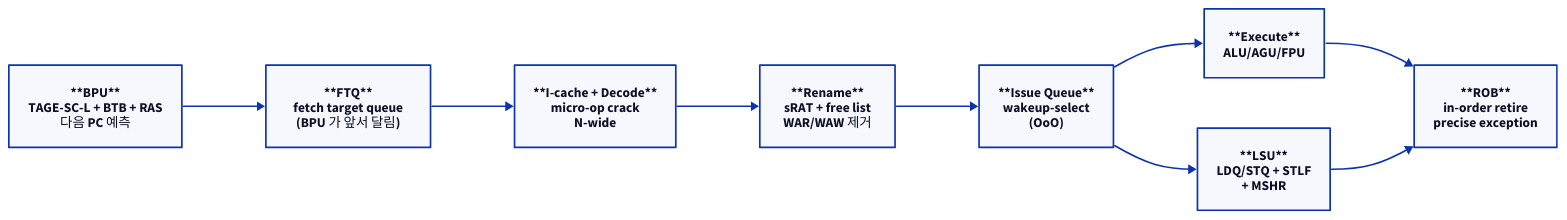
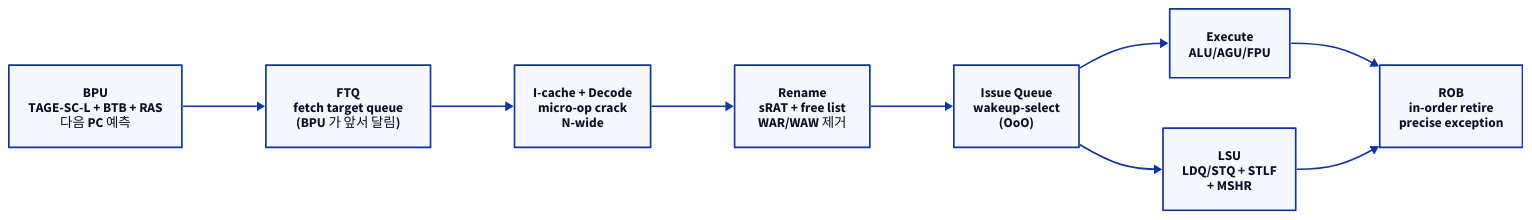
One commit to humbleowl39/DV_SKOOL changed the first of 2 diagrams in starlight_site/src/content/docs/cpu_arm/07_microarchitecture.md. Above: the diagram before and after it, drawn with D2. The commit also changed other lines of this file and 714 other files, not shown here.

First line of the commit message:
fix(site): d2 다이어그램 가독성 결함 6종 일괄 수정

````diff
--- a/starlight_site/src/content/docs/cpu_arm/07_microarchitecture.md
+++ b/starlight_site/src/content/docs/cpu_arm/07_microarchitecture.md
@@ -44,17 +44,17 @@
 ```d2
 direction: right
 
-BPU: "**BPU**\nTAGE-SC-L + BTB + RAS\n다음 PC 예측"
-FTQ: "**FTQ**\nfetch target queue\n(BPU 가 앞서 달림)"
-IC: "**I-cache + Decode**\nmicro-op crack\nN-wide"
-REN: "**Rename**\nsRAT + free list\nWAR/WAW 제거"
-IQ: "**Issue Queue**\nwakeup-select\n(OoO)"
-EX: "**Execute**\nALU/AGU/FPU"
-LSU: "**LSU**\nLDQ/STQ + STLF\n+ MSHR"
-ROB: "**ROB**\nin-order retire\nprecise exception"
+BPU: "BPU\nTAGE-SC-L + BTB + RAS\n다음 PC 예측"
+FTQ: "FTQ\nfetch target queue\n(BPU 가 앞서 달림)"
+IC: "I-cache + Decode\nmicro-op crack\nN-wide"
+REN: "Rename\nsRAT + free list\nWAR/WAW 제거"
+IQ: "Issue Queue\nwakeup-select\n(OoO)"
+EX: "Execute\nALU/AGU/FPU"
+LSU: "LSU\nLDQ/STQ + STLF\n+ MSHR"
+ROB: "ROB\nin-order retire\nprecise exception"
 
 BPU -> FTQ -> IC -> REN -> IQ -> EX
 IQ -> LSU
 EX -> ROB
 LSU -> ROB
 ```
````
